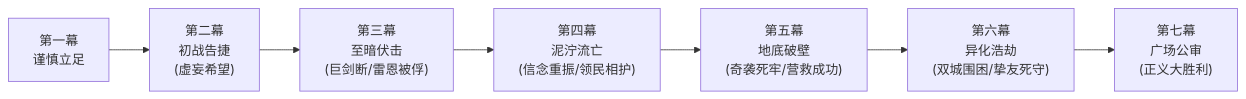
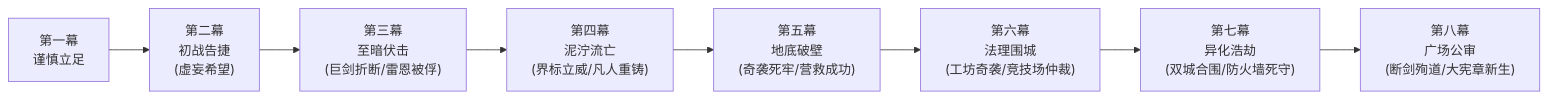
One commit to soranokiseki1437/eldoria-worldbook changed the second of 2 diagrams in 方案/第二部/主线与世界扩充方案/01_宏篇主线演进与阶段规划方案.md. Above: the diagram before and after it, drawn with Mermaid. The commit also changed other lines of this file and 29 other files, not shown here.

````diff
--- a/方案/第二部/主线与世界扩充方案/01_宏篇主线演进与阶段规划方案.md
+++ b/方案/第二部/主线与世界扩充方案/01_宏篇主线演进与阶段规划方案.md
@@ -172,9 +196,10 @@
 ```mermaid
 graph LR
     P1["第一幕<br/>谨慎立足"] --> P2["第二幕<br/>初战告捷<br/>(虚妄希望)"]
-    P2 --> P3["第三幕<br/>至暗伏击<br/>(巨剑断/雷恩被俘)"]
-    P3 --> P4["第四幕<br/>泥泞流亡<br/>(信念重振/领民相护)"]
+    P2 --> P3["第三幕<br/>至暗伏击<br/>(巨剑折断/雷恩被俘)"]
+    P3 --> P4["第四幕<br/>泥泞流亡<br/>(界标立威/凡人重铸)"]
     P4 --> P5["第五幕<br/>地底破壁<br/>(奇袭死牢/营救成功)"]
-    P5 --> P6["第六幕<br/>异化浩劫<br/>(双城围困/挚友死守)"]
-    P6 --> P7["第七幕<br/>广场公审<br/>(正义大胜利)"]
+    P5 --> P6["第六幕<br/>法理围城<br/>(工坊奇袭/竞技场仲裁)"]
+    P6 --> P7["第七幕<br/>异化浩劫<br/>(双城合围/防火墙死守)"]
+    P7 --> P8["第八幕<br/>广场公审<br/>(断剑殉道/大宪章新生)"]
 ```
````
